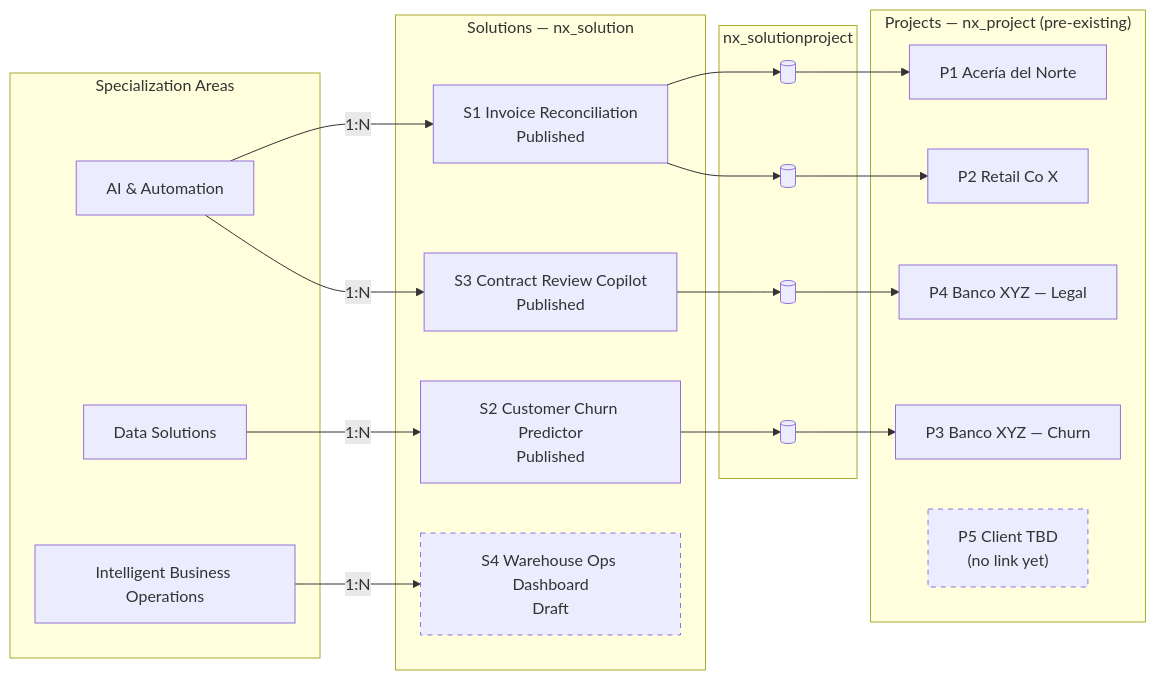
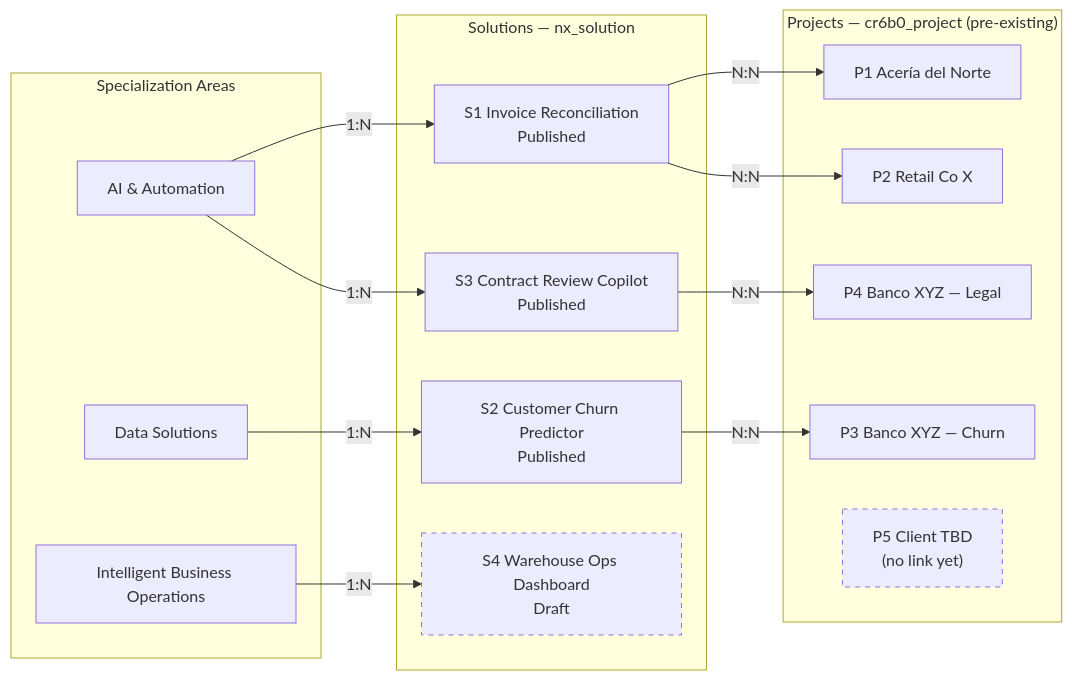
The second of 3 diagrams in docs/data_model/SchemaV2.md (lpreciado-nextant/PRISMA), drawn with Mermaid before and after one commit. The commit also changed other lines of this file and 8 other files, not shown here.

````diff
--- a/docs/data_model/SchemaV2.md
+++ b/docs/data_model/SchemaV2.md
@@ -409,43 +376,36 @@
 ```mermaid
 graph LR
     subgraph SA["Specialization Areas"]
         SA1[AI & Automation]
         SA2[Data Solutions]
         SA3[Intelligent Business Operations]
     end
 
     subgraph SOL["Solutions — nx_solution"]
         S1["S1 Invoice Reconciliation<br/>Published"]
         S2["S2 Customer Churn Predictor<br/>Published"]
         S3["S3 Contract Review Copilot<br/>Published"]
         S4["S4 Warehouse Ops Dashboard<br/>Draft"]
     end
 
-    subgraph JOIN["nx_solutionproject"]
-        J1[( )]
-        J2[( )]
-        J3[( )]
-        J4[( )]
-    end
-
-    subgraph PROJ["Projects — nx_project (pre-existing)"]
+    subgraph PROJ["Projects — cr6b0_project (pre-existing)"]
         P1["P1 Acería del Norte"]
         P2["P2 Retail Co X"]
         P3["P3 Banco XYZ — Churn"]
         P4["P4 Banco XYZ — Legal"]
         P5["P5 Client TBD<br/>(no link yet)"]
     end
 
     SA1 -- 1:N --> S1
     SA1 -- 1:N --> S3
     SA2 -- 1:N --> S2
     SA3 -- 1:N --> S4
 
-    S1 --> J1 --> P1
-    S1 --> J2 --> P2
-    S2 --> J3 --> P3
-    S3 --> J4 --> P4
+    S1 -- N:N --> P1
+    S1 -- N:N --> P2
+    S2 -- N:N --> P3
+    S3 -- N:N --> P4
 
     style S4 stroke-dasharray: 5 5
     style P5 stroke-dasharray: 5 5
 ```
````
